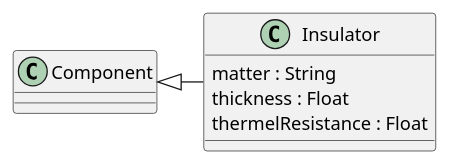
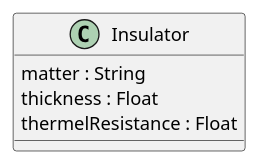
The diagram in src/class/include/insulator.iuml (beerfactory/brewbox-uml), drawn with PlantUML before and after one commit. The commit also changed 34 other files, not shown here.

```diff
--- a/src/class/include/insulator.iuml
+++ b/src/class/include/insulator.iuml
@@ -1,7 +1,5 @@
 class Insulator {
     matter : String
     thickness : Float
     thermelResistance : Float
 }
-
-Component <|- Insulator
```
